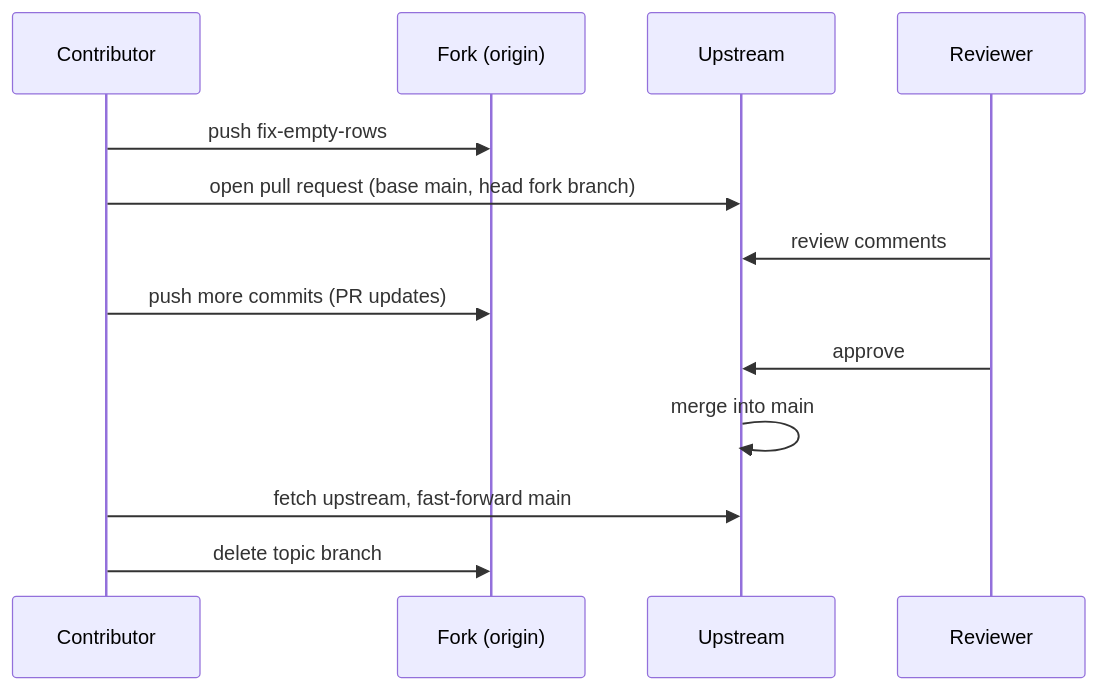
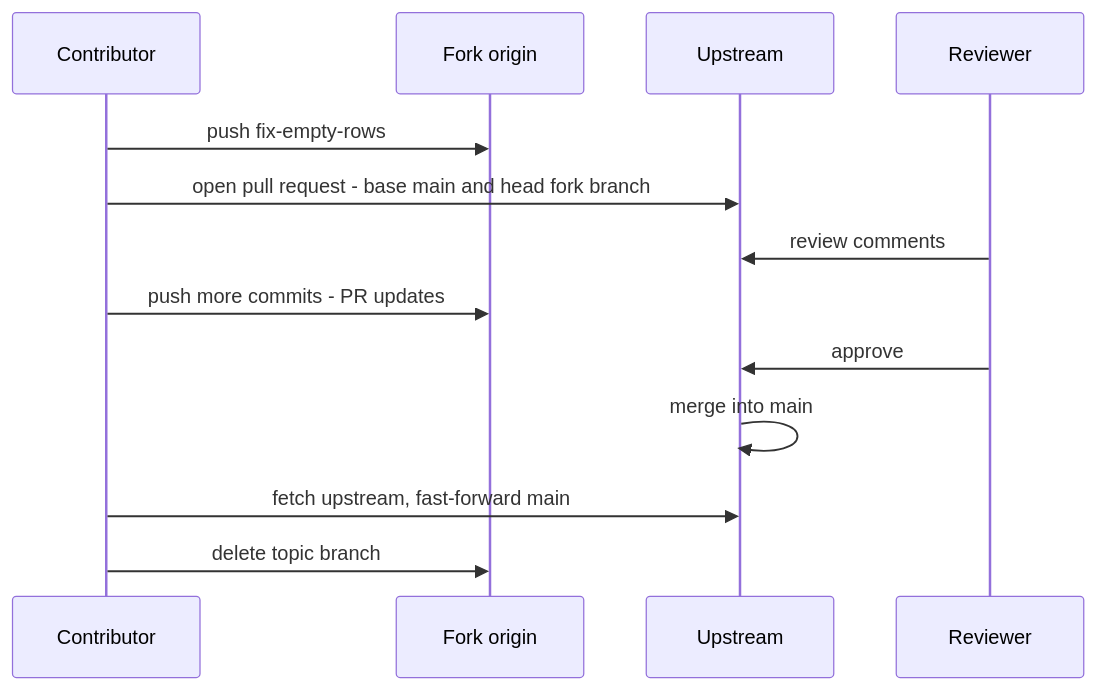
Before and after one commit to alvinnew100/grand-line-study-guide: the fourth of 4 diagrams in docs/data/lessons/git/15-github-forks-prs.md, drawn with Mermaid. The commit also changed other lines of this file and 4 other files, not shown here.

Commit message:
Git: fix three diagrams that failed to render

````diff
--- a/docs/data/lessons/git/15-github-forks-prs.md
+++ b/docs/data/lessons/git/15-github-forks-prs.md
@@ -279,15 +280,15 @@
 ```mermaid
 sequenceDiagram
   participant C as Contributor
-  participant F as Fork (origin)
+  participant F as Fork origin
   participant U as Upstream
   participant R as Reviewer
   C->>F: push fix-empty-rows
-  C->>U: open pull request (base main, head fork branch)
+  C->>U: open pull request - base main and head fork branch
   R->>U: review comments
-  C->>F: push more commits (PR updates)
+  C->>F: push more commits - PR updates
   R->>U: approve
   U->>U: merge into main
   C->>U: fetch upstream, fast-forward main
   C->>F: delete topic branch
 ```
````
